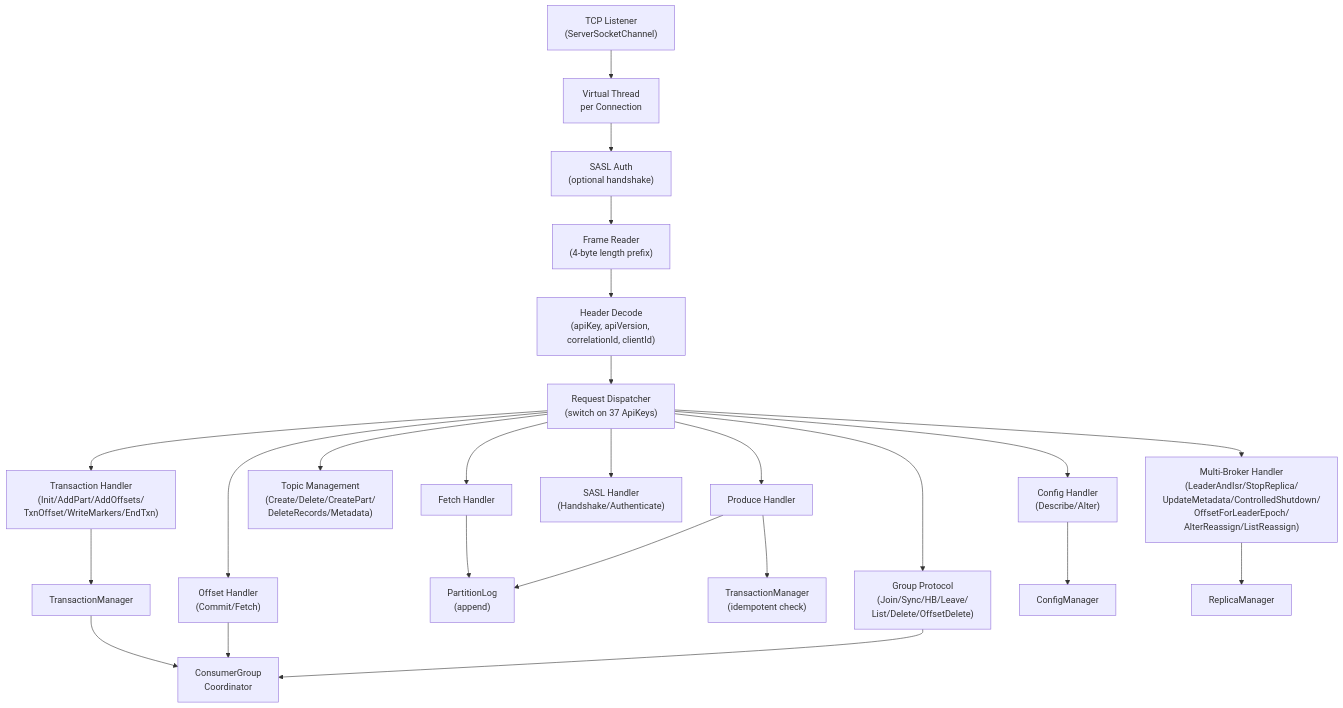
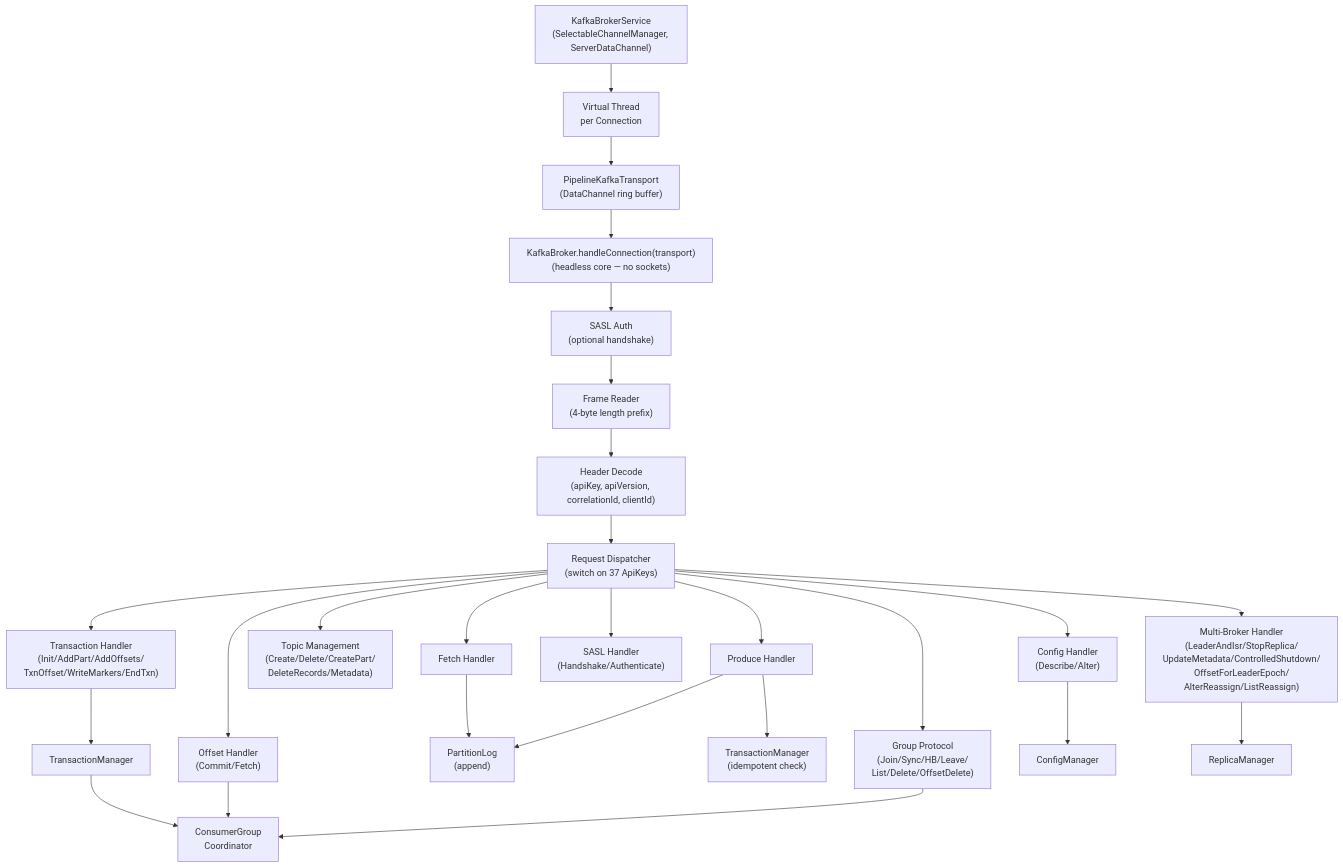
Before and after one commit to 000ssg/lego-flow: the seventh of 12 diagrams in messaging/kafka/doc/ARCHITECTURE.md, drawn with Mermaid. The commit also changed other lines of this file and 780 other files, not shown here.

````diff
--- a/messaging/kafka/doc/ARCHITECTURE.md
+++ b/messaging/kafka/doc/ARCHITECTURE.md
@@ -214,28 +220,31 @@
 ```mermaid
 graph TD
-    TCP["TCP Listener<br/>(ServerSocketChannel)"] --> VT["Virtual Thread<br/>per Connection"]
-    VT --> AUTH["SASL Auth<br/>(optional handshake)"]
+    SVC["KafkaBrokerService<br/>(SelectableChannelManager, ServerDataChannel)"]
+    SVC --> VT["Virtual Thread<br/>per Connection"]
+    VT --> PT["PipelineKafkaTransport<br/>(DataChannel ring buffer)"]
+    PT --> BC["KafkaBroker.handleConnection(transport)<br/>(headless core — no sockets)"]
+    BC --> AUTH["SASL Auth<br/>(optional handshake)"]
     AUTH --> FR["Frame Reader<br/>(4-byte length prefix)"]
     FR --> HD["Header Decode<br/>(apiKey, apiVersion, correlationId, clientId)"]
     HD --> RD["Request Dispatcher<br/>(switch on 37 ApiKeys)"]
 
     RD --> P["Produce Handler"]
     RD --> F["Fetch Handler"]
     RD --> CG["Group Protocol<br/>(Join/Sync/HB/Leave/<br/>List/Delete/OffsetDelete)"]
     RD --> TM["Topic Management<br/>(Create/Delete/CreatePart/<br/>DeleteRecords/Metadata)"]
     RD --> TX["Transaction Handler<br/>(Init/AddPart/AddOffsets/<br/>TxnOffset/WriteMarkers/EndTxn)"]
     RD --> OC["Offset Handler<br/>(Commit/Fetch)"]
     RD --> SA["SASL Handler<br/>(Handshake/Authenticate)"]
     RD --> CF["Config Handler<br/>(Describe/Alter)"]
     RD --> MB["Multi-Broker Handler<br/>(LeaderAndIsr/StopReplica/<br/>UpdateMetadata/ControlledShutdown/<br/>OffsetForLeaderEpoch/<br/>AlterReassign/ListReassign)"]
 
     P --> PL["PartitionLog<br/>(append)"]
     P --> IDM["TransactionManager<br/>(idempotent check)"]
     F --> PL
     CG --> CGC["ConsumerGroup<br/>Coordinator"]
     OC --> CGC
     TX --> TXM["TransactionManager"]
     TXM --> CGC
     CF --> CM["ConfigManager"]
     MB --> RM["ReplicaManager"]
 ```
````
